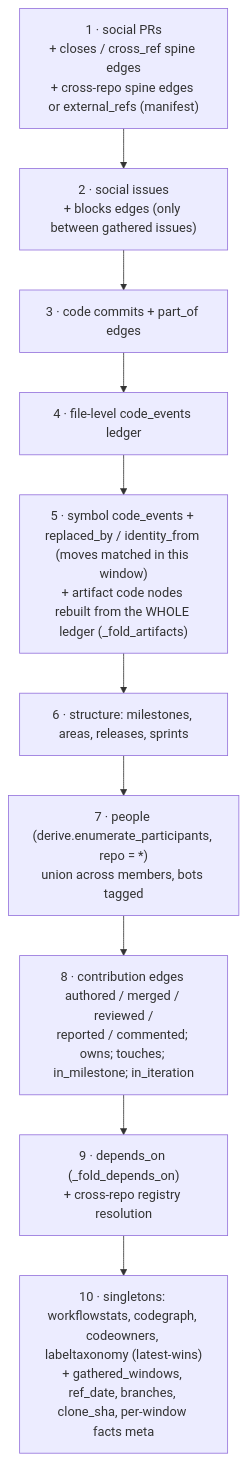
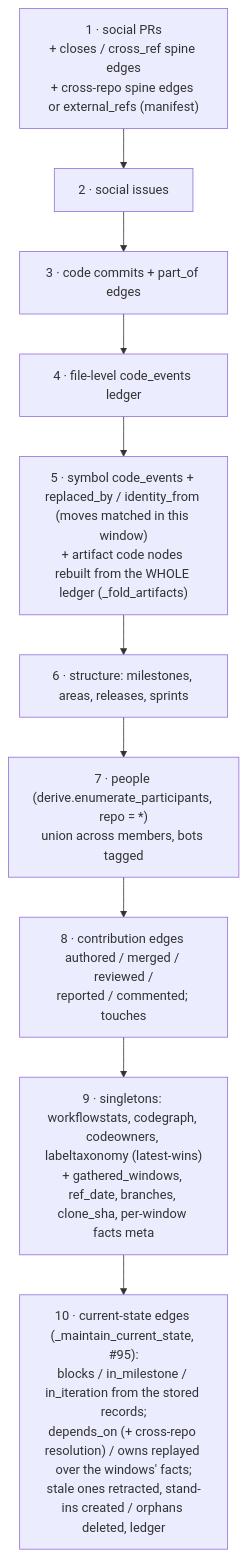
One commit to DamianFlynn/experiments changed the fourth of 12 diagrams in .claude/skills/activity-overview/docs/LLD.md. Above: the diagram before and after it, drawn with Mermaid. The commit also changed other lines of this file and 9 other files, not shown here.

````diff
--- a/.claude/skills/activity-overview/docs/LLD.md
+++ b/.claude/skills/activity-overview/docs/LLD.md
@@ -440,14 +440,14 @@
 ```mermaid
 flowchart TB
   s1["1 · social PRs<br/>+ closes / cross_ref spine edges<br/>+ cross-repo spine edges or external_refs (manifest)"]
-  s2["2 · social issues<br/>+ blocks edges (only between gathered issues)"]
+  s2["2 · social issues"]
   s3["3 · code commits + part_of edges"]
   s4["4 · file-level code_events ledger"]
   s5["5 · symbol code_events + replaced_by / identity_from (moves matched in this window)<br/>+ artifact code nodes rebuilt from the WHOLE ledger (_fold_artifacts)"]
   s6["6 · structure: milestones, areas, releases, sprints"]
   s7["7 · people (derive.enumerate_participants, repo = *)<br/>union across members, bots tagged"]
-  s8["8 · contribution edges authored / merged / reviewed /<br/>reported / commented; owns; touches; in_milestone; in_iteration"]
-  s9["9 · depends_on (_fold_depends_on)<br/>+ cross-repo registry resolution"]
-  s10["10 · singletons: workflowstats, codegraph, codeowners, labeltaxonomy (latest-wins)<br/>+ gathered_windows, ref_date, branches, clone_sha, per-window facts meta"]
+  s8["8 · contribution edges authored / merged / reviewed /<br/>reported / commented; touches"]
+  s9["9 · singletons: workflowstats, codegraph, codeowners, labeltaxonomy (latest-wins)<br/>+ gathered_windows, ref_date, branches, clone_sha, per-window facts meta"]
+  s10["10 · current-state edges (_maintain_current_state, #95):<br/>blocks / in_milestone / in_iteration from the stored records;<br/>depends_on (+ cross-repo resolution) / owns replayed over the windows' facts;<br/>stale ones retracted, stand-ins created / orphans deleted, ledger"]
   s1 --> s2 --> s3 --> s4 --> s5 --> s6 --> s7 --> s8 --> s9 --> s10
 ```
````
